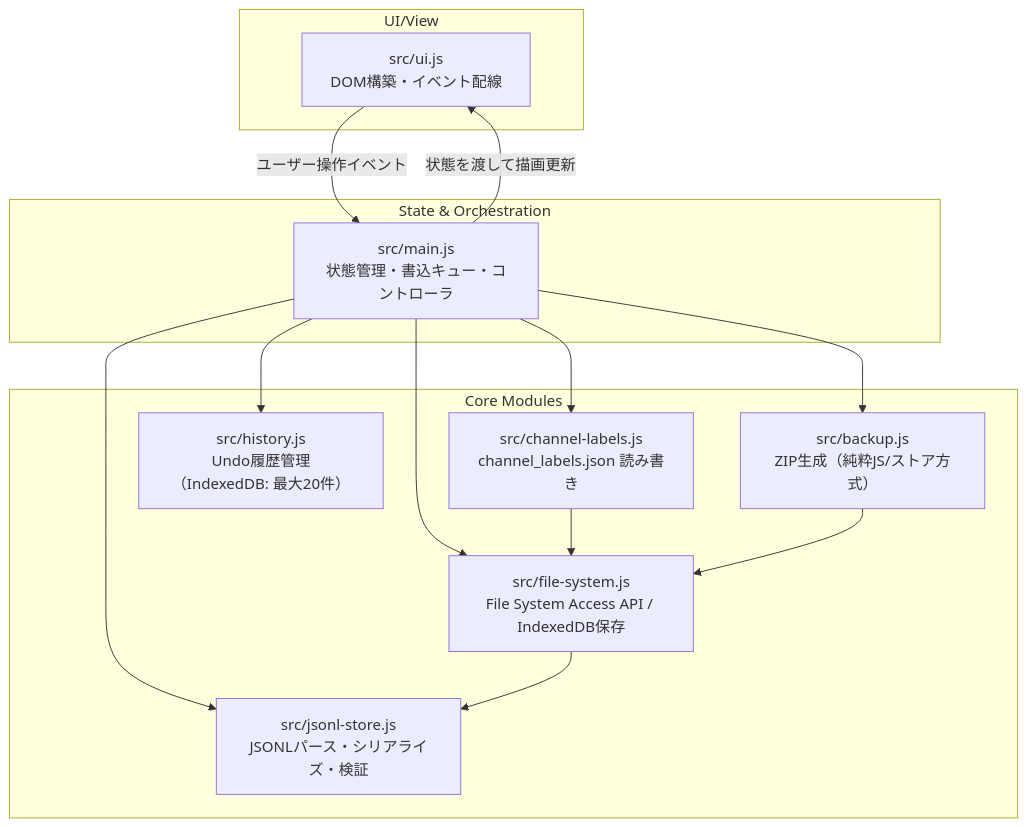
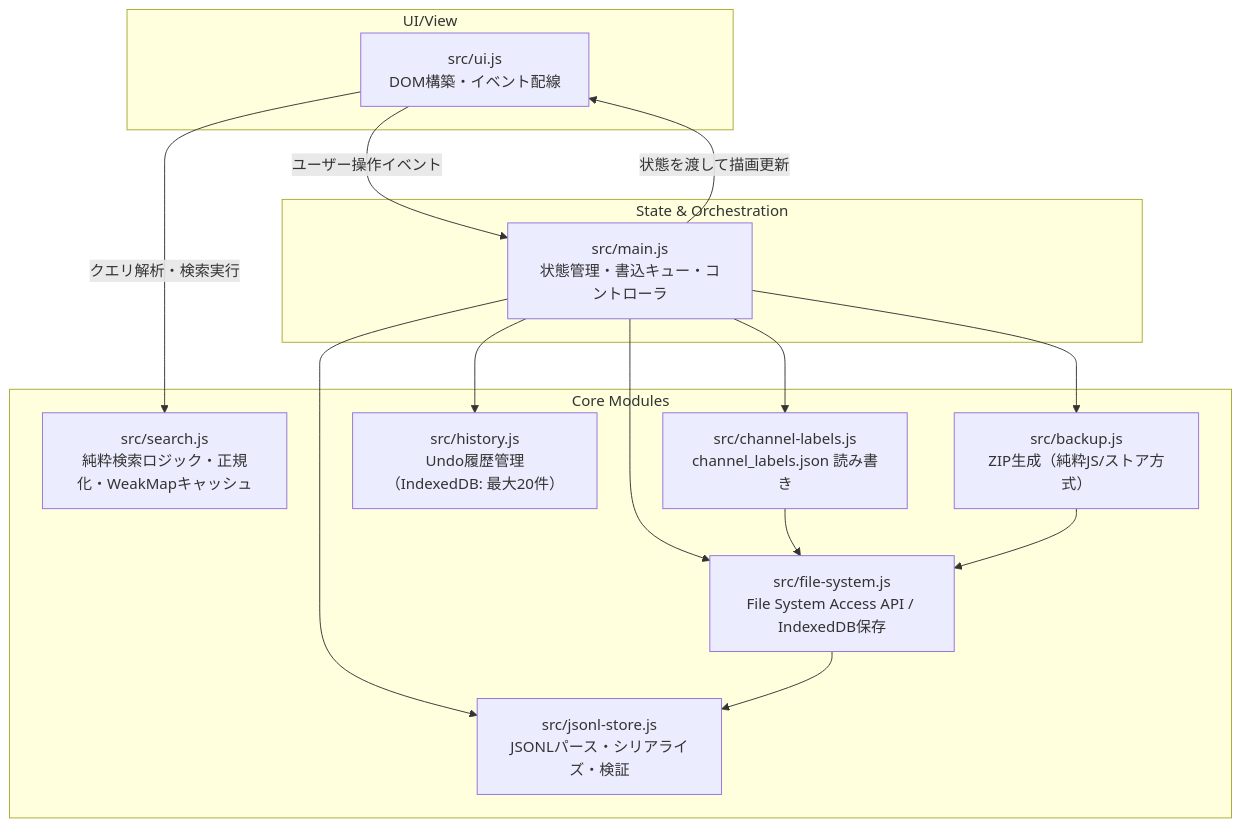
Before and after one commit to IsooGabriel/YouTubeVideoSelector: the first of 9 diagrams in Documents/PROJECT_FLOW.md, drawn with Mermaid. The commit also changed other lines of this file and 1 other file, not shown here.

Commit message:
docs: document search behavior

````diff
--- a/Documents/PROJECT_FLOW.md
+++ b/Documents/PROJECT_FLOW.md
@@ -27,29 +27,31 @@
 ```mermaid
 graph TD
     subgraph UI/View
         UI[src/ui.js<br/>DOM構築・イベント配線]
     end
 
     subgraph State & Orchestration
         MAIN[src/main.js<br/>状態管理・書込キュー・コントローラ]
     end
 
     subgraph Core Modules
         FS[src/file-system.js<br/>File System Access API / IndexedDB保存]
         STORE[src/jsonl-store.js<br/>JSONLパース・シリアライズ・検証]
+        SEARCH[src/search.js<br/>純粋検索ロジック・正規化・WeakMapキャッシュ]
         CH[src/channel-labels.js<br/>channel_labels.json 読み書き]
         HIST[src/history.js<br/>Undo履歴管理（IndexedDB: 最大20件）]
         BACKUP[src/backup.js<br/>ZIP生成（純粋JS/ストア方式）]
     end
 
     UI -->|ユーザー操作イベント| MAIN
+    UI -->|クエリ解析・検索実行| SEARCH
     MAIN -->|状態を渡して描画更新| UI
     MAIN --> FS
     MAIN --> STORE
     MAIN --> CH
     MAIN --> HIST
     MAIN --> BACKUP
     FS --> STORE
     CH --> FS
     BACKUP --> FS
 ```
````
